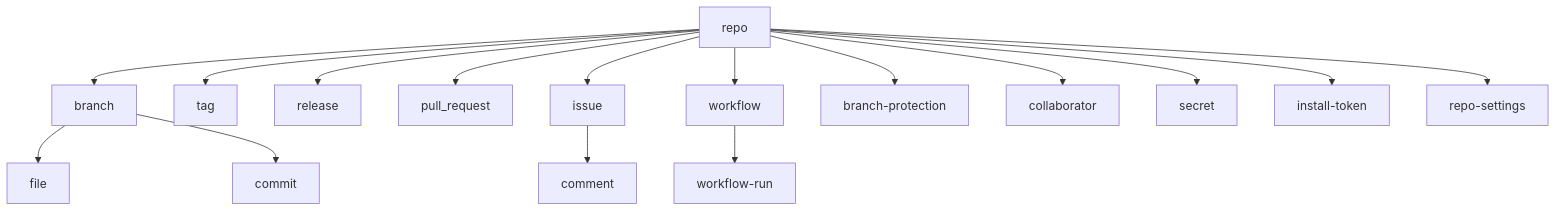
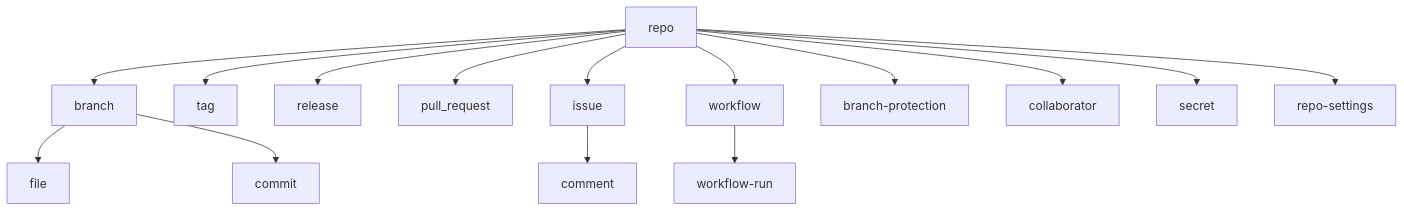
One commit to vaubaan/gateway changed the diagram in docs/spec/gateway-risk-model.md. Above: the diagram before and after it, drawn with Mermaid. The commit also changed 58 other files, not shown here.

````diff
--- a/docs/spec/gateway-risk-model.md
+++ b/docs/spec/gateway-risk-model.md
@@ -134,18 +134,17 @@
 ```mermaid
 flowchart TB
   repo --> branch
   branch --> file
   branch --> commit
   repo --> tag
   repo --> release
   repo --> pull_request
   repo --> issue
   issue --> comment
   repo --> workflow
   workflow --> workflow-run
   repo --> branch-protection
   repo --> collaborator
   repo --> secret
-  repo --> install-token
   repo --> repo-settings
 ```
````
